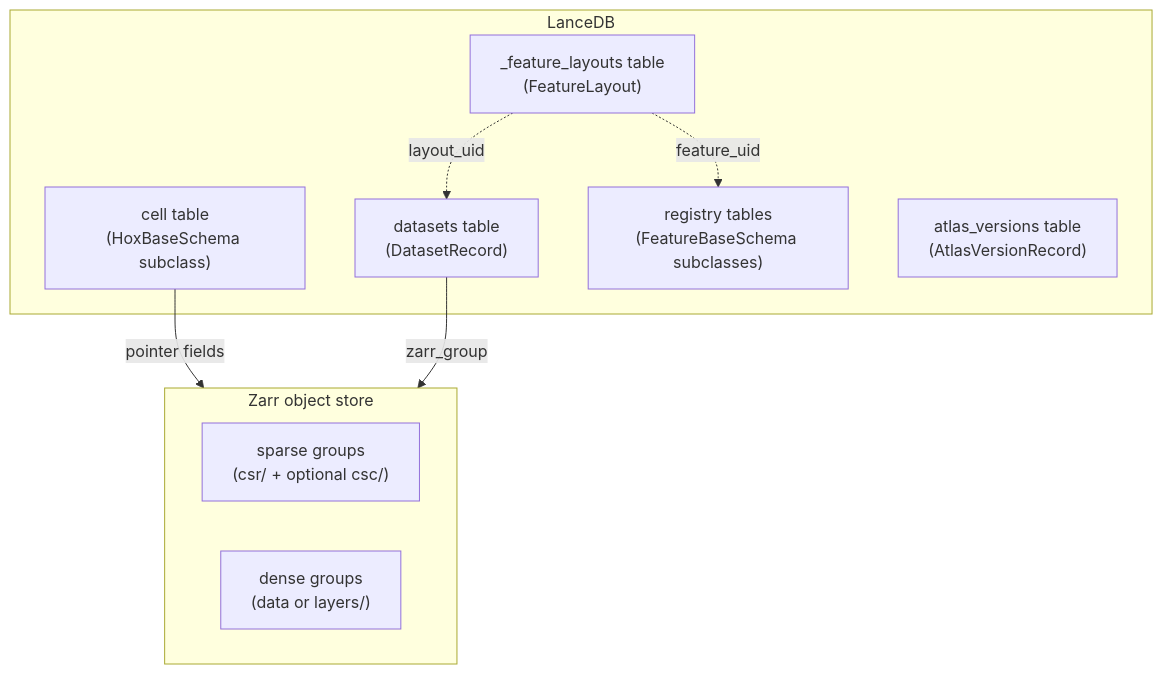
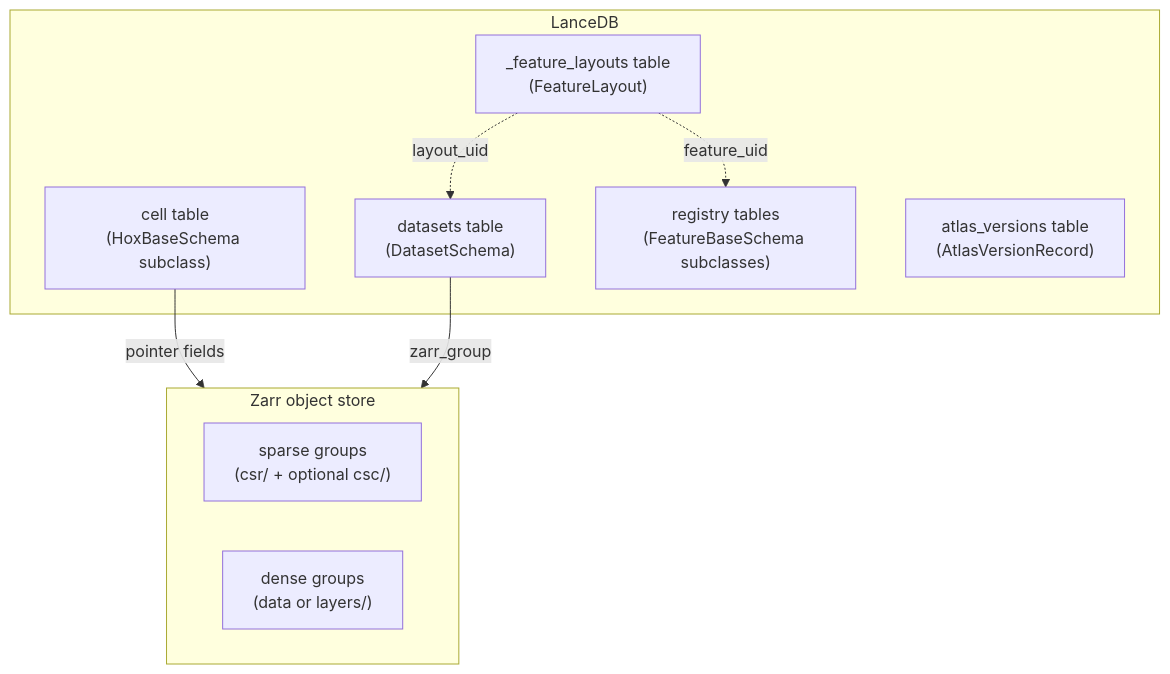
One commit to epiblastai/homeobox changed the first of 4 diagrams in docs/data_structure.md. Above: the diagram before and after it, drawn with Mermaid. The commit also changed other lines of this file and 23 other files, not shown here.

````diff
--- a/docs/data_structure.md
+++ b/docs/data_structure.md
@@ -12,20 +12,20 @@
 ```mermaid
 graph TD
     subgraph LanceDB
         cells["cell table\n(HoxBaseSchema subclass)"]
-        datasets["datasets table\n(DatasetRecord)"]
+        datasets["datasets table\n(DatasetSchema)"]
         layouts["_feature_layouts table\n(FeatureLayout)"]
         reg["registry tables\n(FeatureBaseSchema subclasses)"]
         versions["atlas_versions table\n(AtlasVersionRecord)"]
     end
 
     subgraph Zarr["Zarr object store"]
         sparse["sparse groups\n(csr/ + optional csc/)"]
         dense["dense groups\n(data or layers/)"]
     end
 
     cells -- "pointer fields" --> Zarr
     datasets -- "zarr_group" --> Zarr
     layouts -. "feature_uid" .-> reg
     layouts -. "layout_uid" .-> datasets
 ```
````
